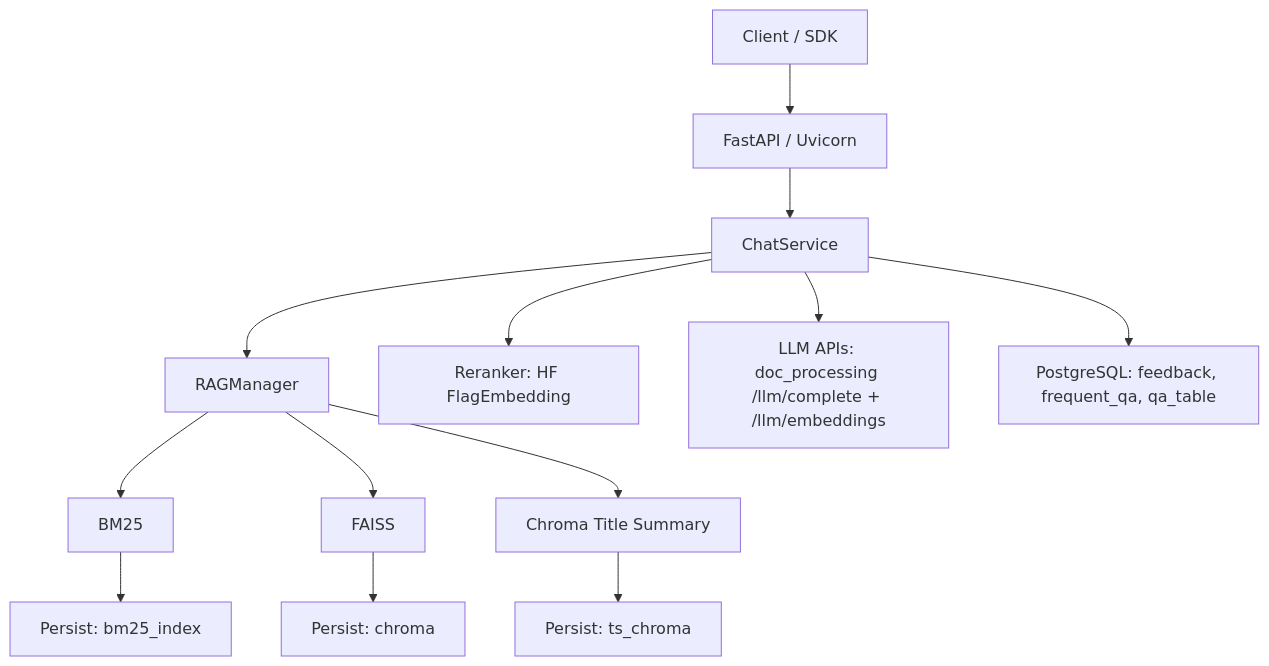
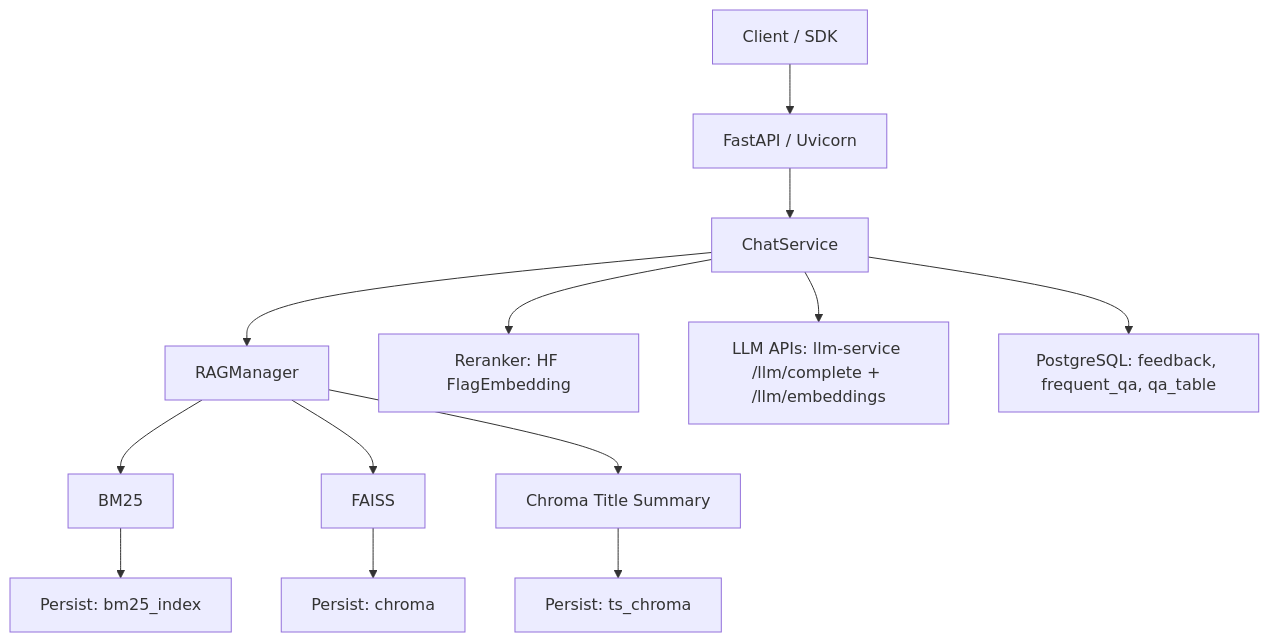
Before and after one commit to prashiyn/fin_rag: the diagram in README.md, drawn with Mermaid. The commit also changed other lines of this file and 42 other files, not shown here.

````diff
--- a/README.md
+++ b/README.md
@@ -62,29 +62,29 @@
 ```mermaid
 graph TD
   A[Client / SDK]
   B[FastAPI / Uvicorn]
   C[ChatService]
   D[RAGManager]
   D1[BM25]
   D2[FAISS]
   D3[Chroma Title Summary]
   E[Reranker: HF FlagEmbedding]
-  F[LLM APIs: doc_processing /llm/complete + /llm/embeddings]
+  F[LLM APIs: llm-service /llm/complete + /llm/embeddings]
   G[PostgreSQL: feedback, frequent_qa, qa_table]
   H[Persist: bm25_index]
   I[Persist: chroma]
   J[Persist: ts_chroma]
 
   A --> B
   B --> C
   C --> D
   D --> D1
   D --> D2
   D --> D3
   C --> E
   C --> F
   C --> G
   D1 --> H
   D2 --> I
   D3 --> J
 ```
````
